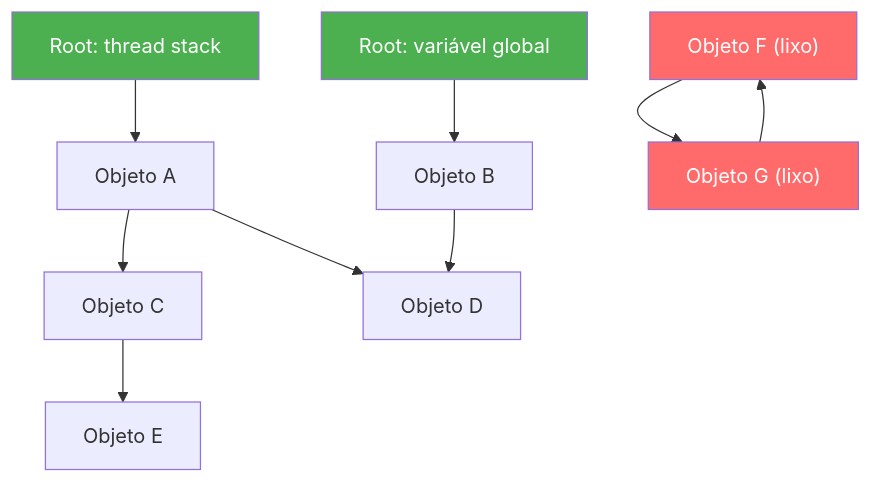
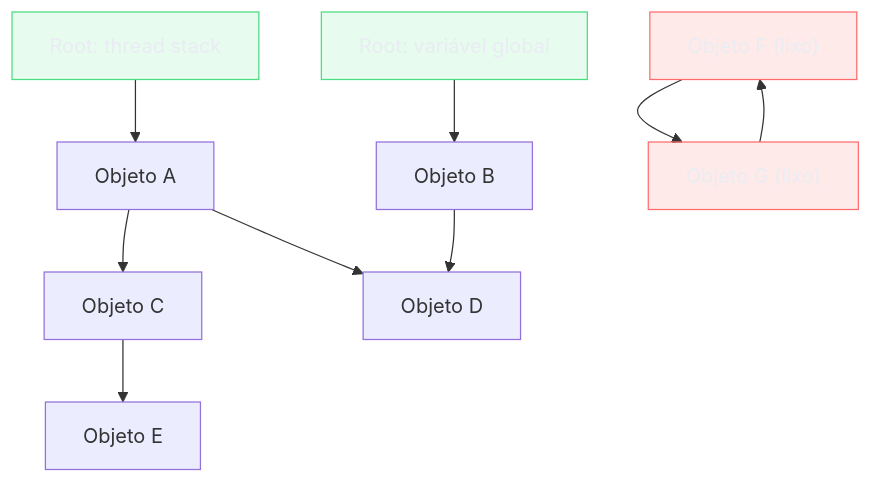
The first of 11 diagrams in 03-Dominios/Ciência/Compiladores e Linguagens/16 - Garbage collection.md (josenaldo/codex-technomanticus), drawn with Mermaid before and after one commit. The commit also changed other lines of this file and 1181 other files, not shown here.

First line of the commit message:
fix(diagramas): paleta do sistema no lugar de cor cravada no markdown

````diff
--- a/03-Dominios/Ciência/Compiladores e Linguagens/16 - Garbage collection.md
+++ b/03-Dominios/Ciência/Compiladores e Linguagens/16 - Garbage collection.md
@@ -55,16 +55,18 @@
 ```mermaid
 graph TD
+    classDef falha fill:#FF6B6B24,stroke:#FF6B6B,color:#E9ECF2
+    classDef ok fill:#4ADE8021,stroke:#4ADE80,color:#E9ECF2
     R1["Root: thread stack"] --> A["Objeto A"]
     R2["Root: variável global"] --> B["Objeto B"]
     A --> C["Objeto C"]
     A --> D["Objeto D"]
     B --> D
     C --> E["Objeto E"]
     F["Objeto F (lixo)"] --> G["Objeto G (lixo)"]
     G --> F
 
-    style F fill:#ff6b6b,color:#fff
-    style G fill:#ff6b6b,color:#fff
-    style R1 fill:#4caf50,color:#fff
-    style R2 fill:#4caf50,color:#fff
+    class F falha
+    class G falha
+    class R1 ok
+    class R2 ok
 ```
````
